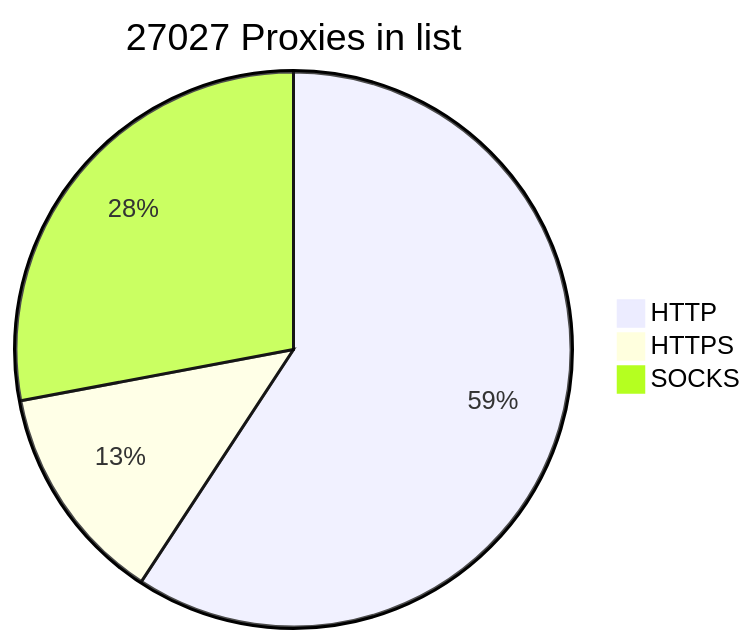
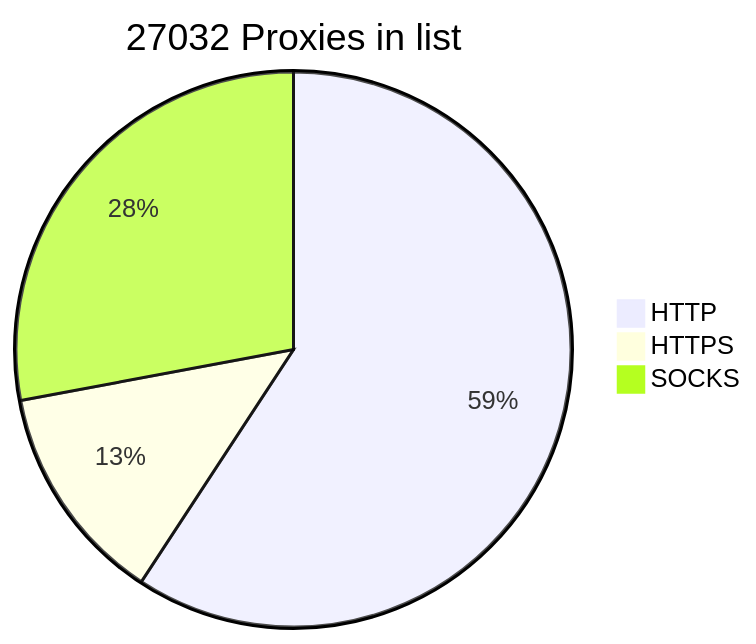
Before and after one commit to BlackSnowDot/proxylist-update-every-minute: the diagram in README.md, drawn with Mermaid. The commit also changed other lines of this file, not shown here.

````diff
--- a/README.md
+++ b/README.md
@@ -2,6 +2,6 @@
 ```mermaid
-pie title 27027 Proxies in list
-    "HTTP" : 17623
-    "HTTPS": 3810
+pie title 27032 Proxies in list
+    "HTTP" : 17630
+    "HTTPS": 3818
     "SOCKS" : 8318
 ```
````
